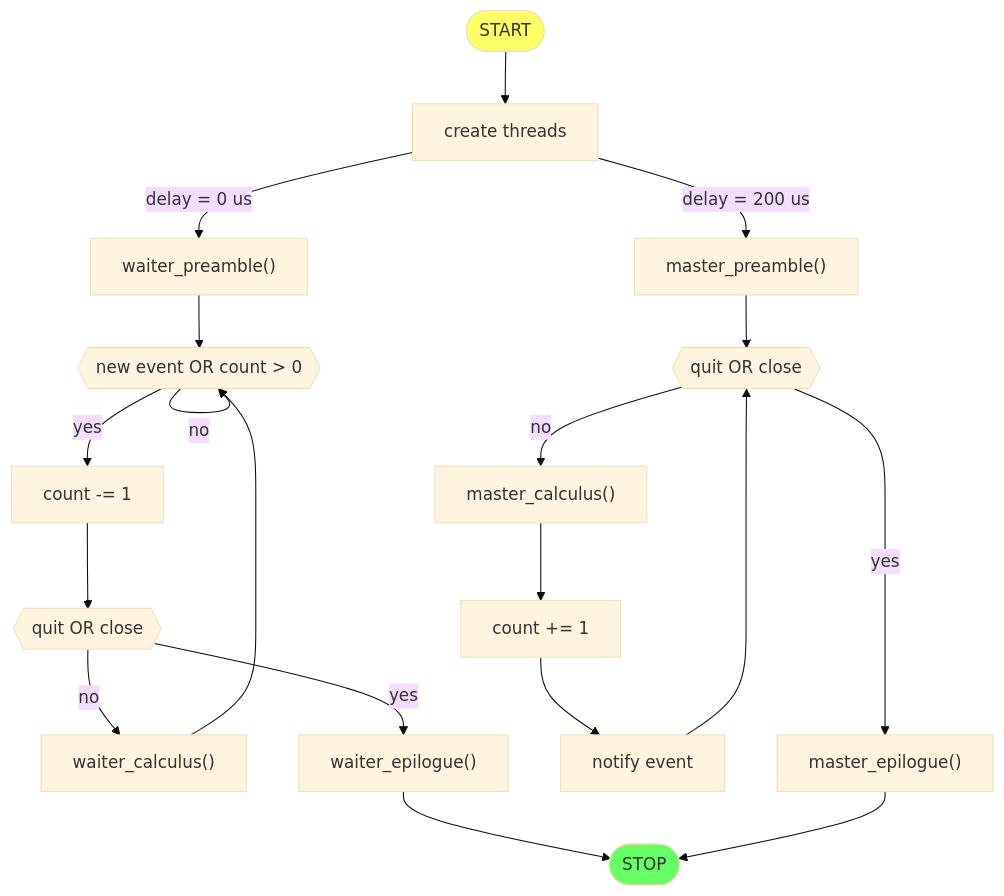
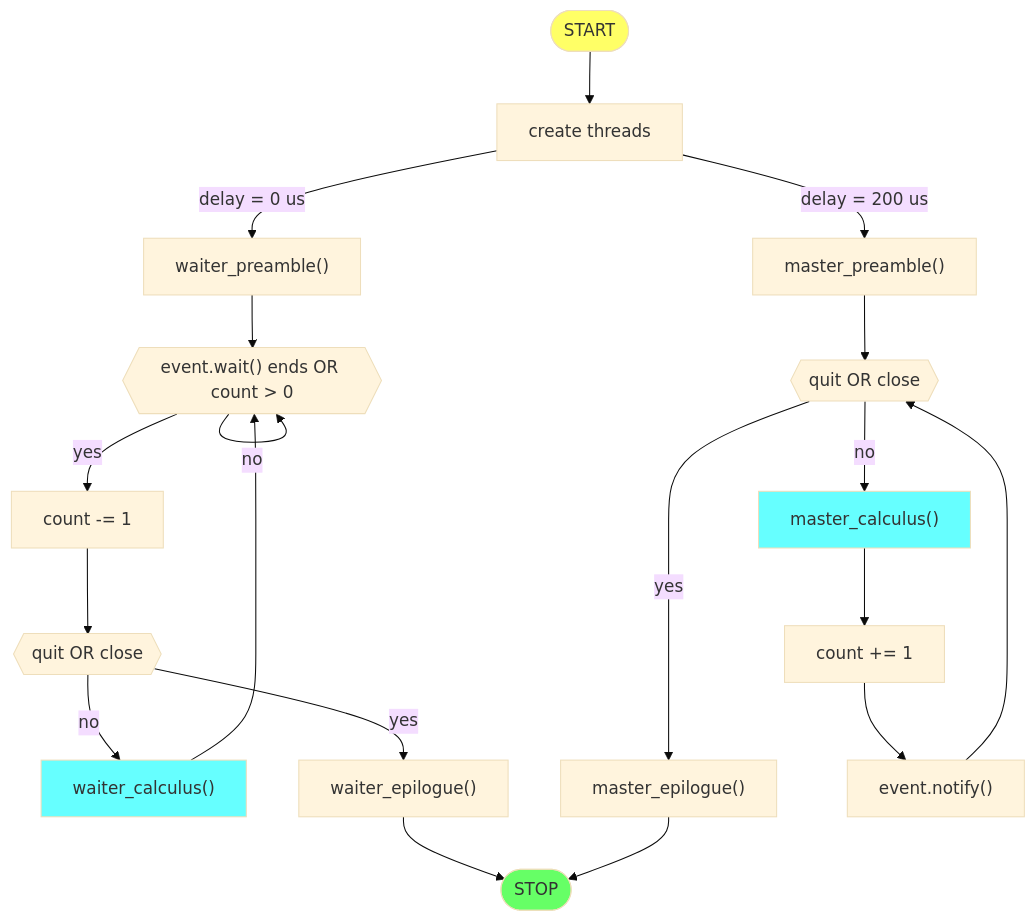
One commit to GinoBogo/gUIO changed the diagram in uml/GWorksCoupler.md. Above: the diagram before and after it, drawn with Mermaid (base theme). The commit also changed other lines of this file, not shown here.

Commit message:
UML: update of the "GWorkersCoupler" flowchart.

```diff
--- a/uml/GWorksCoupler.md
+++ b/uml/GWorksCoupler.md
@@ -7,40 +9,43 @@
 ::: mermaid
-
 flowchart TB
 
 style start fill:#FF6
 style stop  fill:#6F6
+style WC    fill:#6FF
+style MC    fill:#6FF
 
 start([START]) -->
 
 A0[create threads]
-A0 -- delay = 0 us   --> W1
+A0 -- delay =   0 us --> W1
 A0 -- delay = 200 us --> M1
 
-W1["waiter_preamble()"] -->
+W1["waiter_preamble()"] --> W2
 
-W2{{"new event OR count > 0"}}
+W2{{"event.wait() ends OR count > 0"}}
 W2 -- no  --> W2
-W2 -- yes --> W4[count -= 1] -->
+W2 -- yes --> W3
 
-W3{{"quit OR close"}}
-W3 -- no  --> 
-W5["waiter_calculus()"] --> W2
-W3 -- yes -->
+W3[count -= 1] --> W4
 
-W6["waiter_epilogue()"] -->
-stop
+W4{{"quit OR close"}}
+W4 -- no  --> WC
+W4 -- yes --> WE
 
-M1["master_preamble()"] -->
+WC["waiter_calculus()"] --> W2
+WE["waiter_epilogue()"] --> stop
+
+M1["master_preamble()"] --> M2
 
 M2{{"quit OR close"}}
-M2 -- no  -->
-M3["master_calculus()"] -->
+M2 -- no  --> MC
+M2 -- yes --> ME
+
+MC["master_calculus()"] -->
 M4[count += 1] -->
-M5[notify event] --> M2
+M5["event.notify()"] --> M2
 
-M2 -- yes -->
-M6["master_epilogue()"] -->
+ME["master_epilogue()"] --> stop
 
 stop([STOP])
 :::
```
